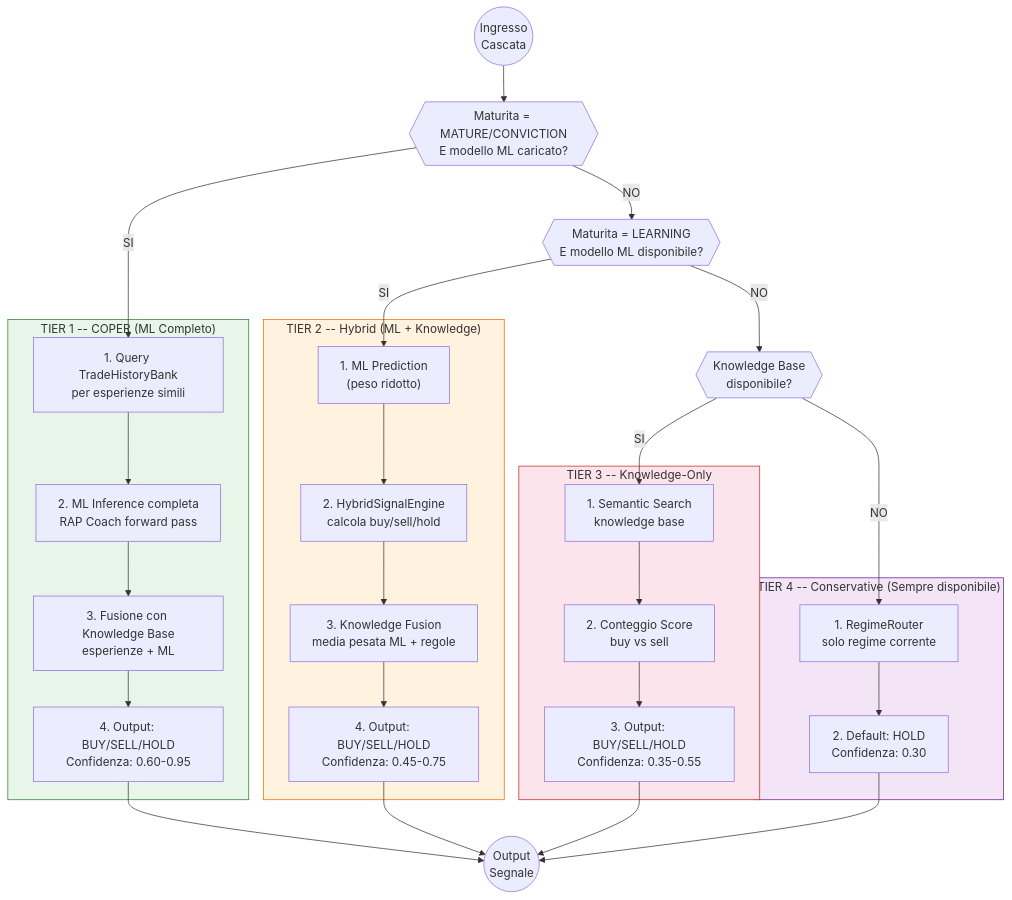
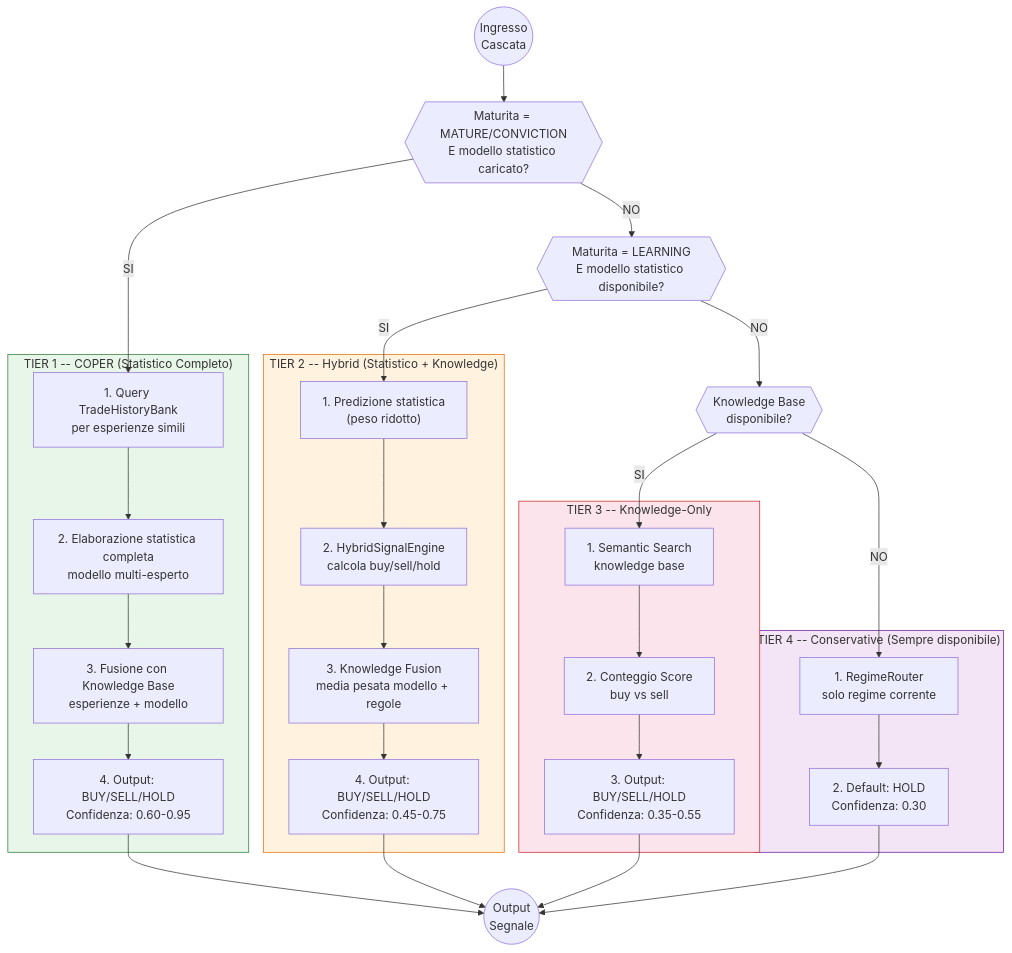
Before and after one commit to renanaugustomacena-ux/invest-smart: the third of 7 diagrams in docs/architecture/sistema-italiano/03_PIPELINE_SEGNALI.md, drawn with Mermaid. The commit also changed other lines of this file, not shown here.

````diff
--- a/docs/architecture/sistema-italiano/03_PIPELINE_SEGNALI.md
+++ b/docs/architecture/sistema-italiano/03_PIPELINE_SEGNALI.md
@@ -229,56 +229,56 @@
 ```mermaid
 flowchart TD
     START((Ingresso<br/>Cascata)) --> CHECK1
 
-    CHECK1{{"Maturita = MATURE/CONVICTION<br/>E modello ML caricato?"}}
+    CHECK1{{"Maturita = MATURE/CONVICTION<br/>E modello statistico caricato?"}}
     CHECK1 -->|SI| T1
 
-    subgraph TIER1 ["TIER 1 -- COPER (ML Completo)"]
+    subgraph TIER1 ["TIER 1 -- COPER (Statistico Completo)"]
         T1["1. Query TradeHistoryBank<br/>per esperienze simili"]
-        T1 --> T1B["2. ML Inference completa<br/>RAP Coach forward pass"]
-        T1B --> T1C["3. Fusione con Knowledge Base<br/>esperienze + ML"]
+        T1 --> T1B["2. Elaborazione statistica completa<br/>modello multi-esperto"]
+        T1B --> T1C["3. Fusione con Knowledge Base<br/>esperienze + modello"]
         T1C --> T1D["4. Output: BUY/SELL/HOLD<br/>Confidenza: 0.60-0.95"]
     end
 
     CHECK1 -->|NO| CHECK2
 
-    CHECK2{{"Maturita = LEARNING<br/>E modello ML disponibile?"}}
+    CHECK2{{"Maturita = LEARNING<br/>E modello statistico disponibile?"}}
     CHECK2 -->|SI| T2
 
-    subgraph TIER2 ["TIER 2 -- Hybrid (ML + Knowledge)"]
-        T2["1. ML Prediction<br/>(peso ridotto)"]
+    subgraph TIER2 ["TIER 2 -- Hybrid (Statistico + Knowledge)"]
+        T2["1. Predizione statistica<br/>(peso ridotto)"]
         T2 --> T2B["2. HybridSignalEngine<br/>calcola buy/sell/hold"]
-        T2B --> T2C["3. Knowledge Fusion<br/>media pesata ML + regole"]
+        T2B --> T2C["3. Knowledge Fusion<br/>media pesata modello + regole"]
         T2C --> T2D["4. Output: BUY/SELL/HOLD<br/>Confidenza: 0.45-0.75"]
     end
 
     CHECK2 -->|NO| CHECK3
 
     CHECK3{{"Knowledge Base<br/>disponibile?"}}
     CHECK3 -->|SI| T3
 
     subgraph TIER3 ["TIER 3 -- Knowledge-Only"]
         T3["1. Semantic Search<br/>knowledge base"]
         T3 --> T3B["2. Conteggio Score<br/>buy vs sell"]
         T3B --> T3C["3. Output: BUY/SELL/HOLD<br/>Confidenza: 0.35-0.55"]
     end
 
     CHECK3 -->|NO| T4
 
     subgraph TIER4 ["TIER 4 -- Conservative (Sempre disponibile)"]
         T4["1. RegimeRouter<br/>solo regime corrente"]
         T4 --> T4B["2. Default: HOLD<br/>Confidenza: 0.30"]
     end
 
     T1D --> MERGE
     T2D --> MERGE
     T3C --> MERGE
     T4B --> MERGE
 
     MERGE((Output<br/>Segnale))
 
     style TIER1 fill:#e8f5e9,stroke:#2e7d32
     style TIER2 fill:#fff3e0,stroke:#ef6c00
     style TIER3 fill:#fce4ec,stroke:#c62828
     style TIER4 fill:#f3e5f5,stroke:#6a1b9a
 ```
````
